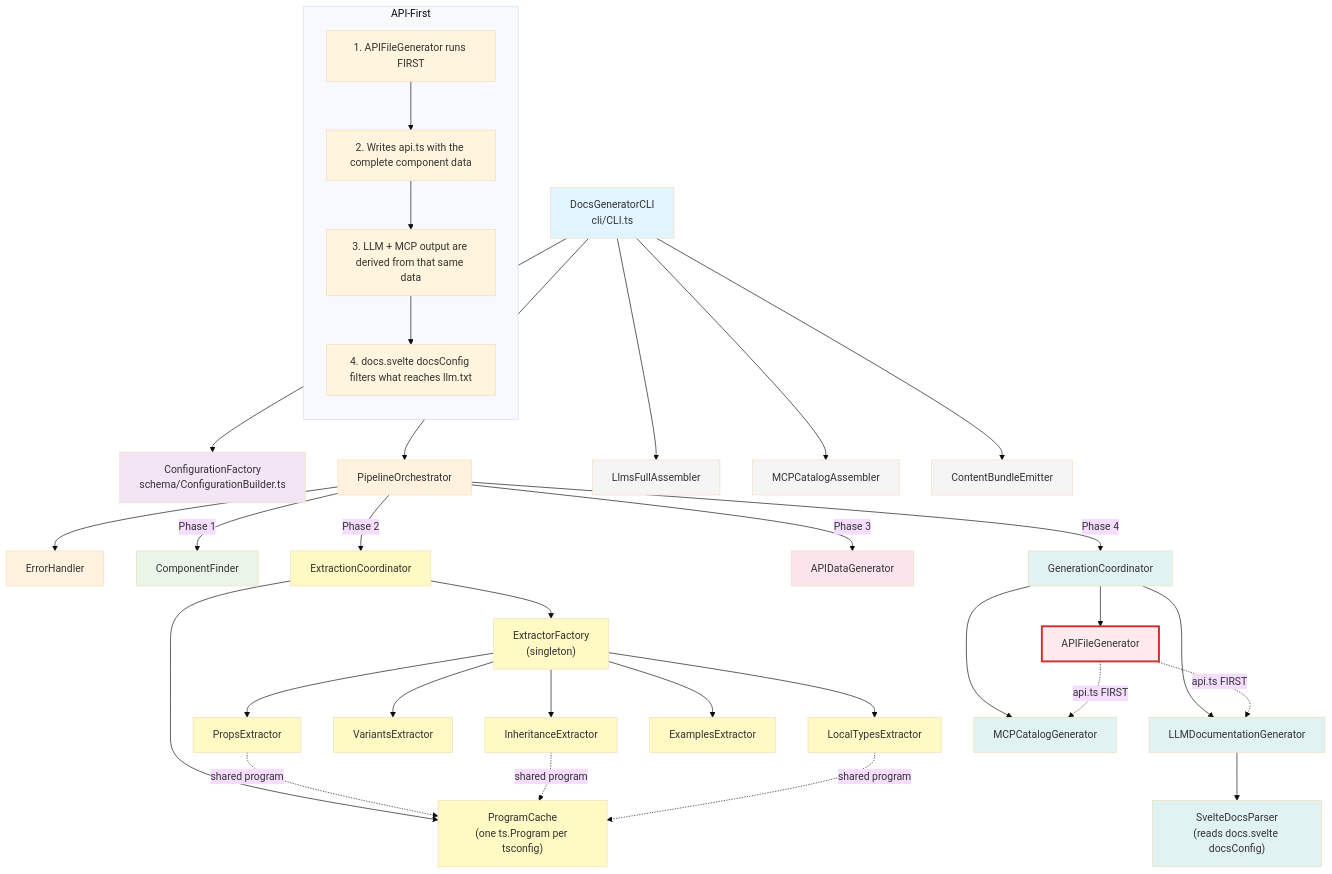
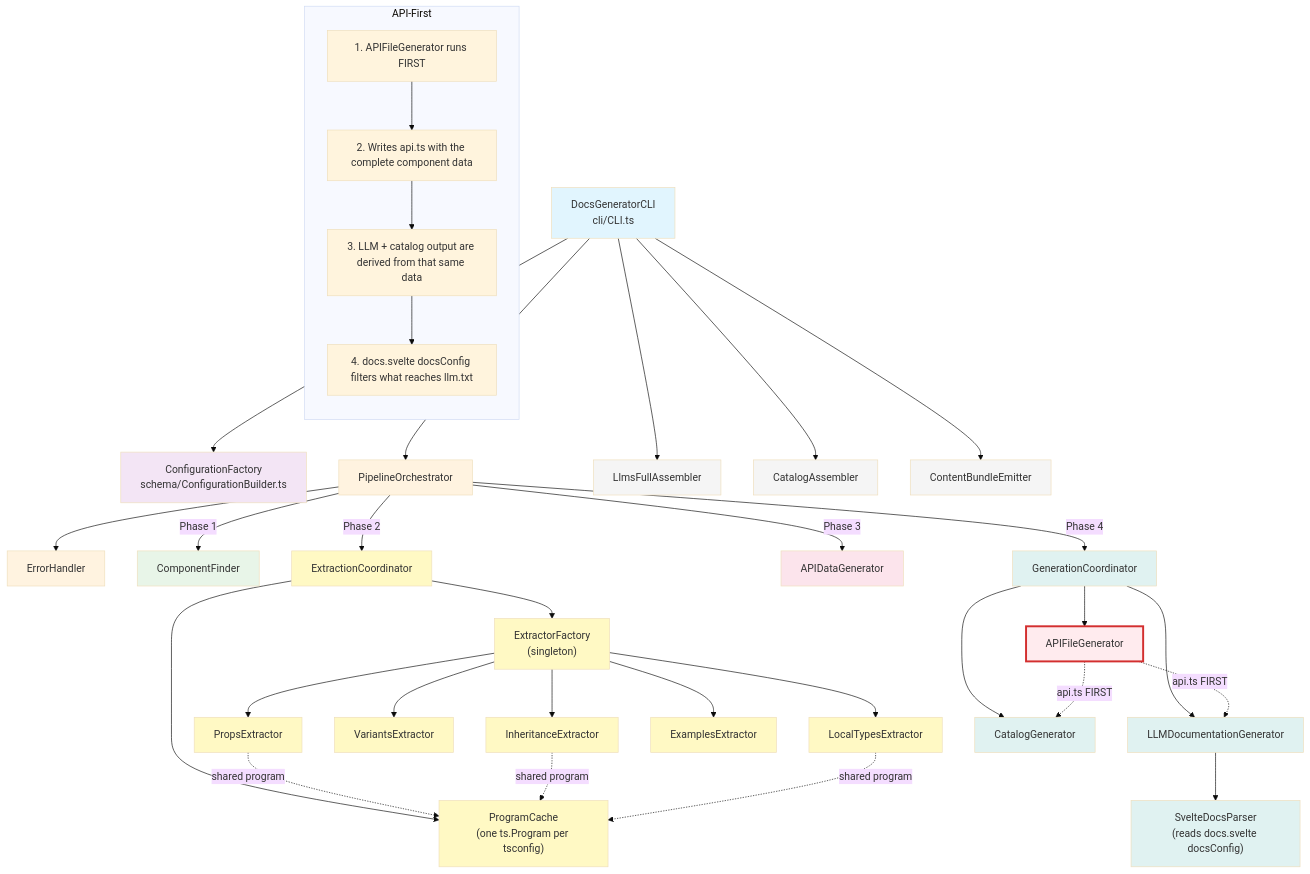
One commit to urbicon/ui changed the diagram in packages/docs-gen/docs/docs-gen-overview.mermaid. Above: the diagram before and after it, drawn with Mermaid (base theme). The commit also changed 198 other files, not shown here.

First line of the commit message:
chore!: retire the MCP server, the urbicon CLI is the only consumer surface (#525)

```diff
--- a/packages/docs-gen/docs/docs-gen-overview.mermaid
+++ b/packages/docs-gen/docs/docs-gen-overview.mermaid
@@ -1,99 +1,99 @@
 %% docs-gen architecture overview — the four pipeline phases and what the CLI
 %% does around them. Verified against the sources on 2026-07-27; the previous
 %% version still drew SveltePageGenerator, SectionMerger, TemplateEngine,
 %% SectionRenderer, DeploymentManager, CrossReferenceResolver, ExampleValidator,
 %% MetadataEnricher, FileStructureAnalyzer and MetadataExtractor, none of which
 %% exist any more.
 graph TB
 %% CLI Layer
     CLI["DocsGeneratorCLI<br/>cli/CLI.ts"]
 %% Configuration
     ConfigFactory["ConfigurationFactory<br/>schema/ConfigurationBuilder.ts"]
 %% Main Pipeline
     Pipeline[PipelineOrchestrator]
     ErrorHandler[ErrorHandler]
 %% Phase 1 — Discovery
     ComponentFinder[ComponentFinder]
 %% Phase 2 — Extraction
     ExtractionCoord[ExtractionCoordinator]
     ExtractorFactory["ExtractorFactory<br/>(singleton)"]
     ProgramCache["ProgramCache<br/>(one ts.Program per tsconfig)"]
     PropsExtractor[PropsExtractor]
     InheritanceExtractor[InheritanceExtractor]
     VariantsExtractor[VariantsExtractor]
     LocalTypesExtractor[LocalTypesExtractor]
     ExamplesExtractor[ExamplesExtractor]
 %% Phase 3 — Enrichment
     APIDataGen[APIDataGenerator]
 %% Phase 4 — Generation
     GenerationCoord[GenerationCoordinator]
     APIFileGen[APIFileGenerator]
     LLMDocGen[LLMDocumentationGenerator]
-    MCPCatalogGen[MCPCatalogGenerator]
+    CatalogGen[CatalogGenerator]
     SvelteDocsParser["SvelteDocsParser<br/>(reads docs.svelte docsConfig)"]
 %% Post-run assembly, driven by the CLI across all packages
     LlmsFull[LlmsFullAssembler]
-    MCPAssembler[MCPCatalogAssembler]
+    CatalogAssembler[CatalogAssembler]
     ContentBundle[ContentBundleEmitter]
 %% CLI wiring
     CLI --> ConfigFactory
     CLI --> Pipeline
     CLI --> LlmsFull
-    CLI --> MCPAssembler
+    CLI --> CatalogAssembler
     CLI --> ContentBundle
 %% Pipeline phases, in order
     Pipeline --> ErrorHandler
     Pipeline -->|Phase 1| ComponentFinder
     Pipeline -->|Phase 2| ExtractionCoord
     Pipeline -->|Phase 3| APIDataGen
     Pipeline -->|Phase 4| GenerationCoord
 %% Extraction
     ExtractionCoord --> ExtractorFactory
     ExtractionCoord --> ProgramCache
     ExtractorFactory --> PropsExtractor
     ExtractorFactory --> InheritanceExtractor
     ExtractorFactory --> VariantsExtractor
     ExtractorFactory --> LocalTypesExtractor
     ExtractorFactory --> ExamplesExtractor
     PropsExtractor -.->|shared program| ProgramCache
     InheritanceExtractor -.->|shared program| ProgramCache
     LocalTypesExtractor -.->|shared program| ProgramCache
 %% Generation
     GenerationCoord --> APIFileGen
     GenerationCoord --> LLMDocGen
-    GenerationCoord --> MCPCatalogGen
+    GenerationCoord --> CatalogGen
     LLMDocGen --> SvelteDocsParser
 %% API-First
     APIFileGen -.->|api.ts FIRST| LLMDocGen
-    APIFileGen -.->|api.ts FIRST| MCPCatalogGen
+    APIFileGen -.->|api.ts FIRST| CatalogGen
 %% Key Architecture Decision Box
     subgraph "API-First"
         direction TB
         Note1["1. APIFileGenerator runs FIRST"]
         Note2["2. Writes api.ts with the complete component data"]
-        Note3["3. LLM + MCP output are derived from that same data"]
+        Note3["3. LLM + catalog output are derived from that same data"]
         Note4["4. docs.svelte docsConfig filters what reaches llm.txt"]
         Note1 --> Note2
         Note2 --> Note3
         Note3 --> Note4
     end
 
 %% Styling
     classDef cli fill: #e1f5fe
     classDef config fill: #f3e5f5
     classDef pipeline fill: #fff3e0
     classDef discovery fill: #e8f5e8
     classDef extraction fill: #fff9c4
     classDef enrichment fill: #fce4ec
     classDef generation fill: #e0f2f1
     classDef support fill: #f5f5f5
     classDef apifirst fill:#ffebee,stroke:#d32f2f,stroke-width:3px
 class CLI cli
 class ConfigFactory config
 class Pipeline,ErrorHandler pipeline
 class ComponentFinder discovery
 class ExtractionCoord,ExtractorFactory,ProgramCache,PropsExtractor,InheritanceExtractor,VariantsExtractor,LocalTypesExtractor,ExamplesExtractor extraction
 class APIDataGen enrichment
-class GenerationCoord,APIFileGen,LLMDocGen,MCPCatalogGen,SvelteDocsParser generation
-class LlmsFull,MCPAssembler,ContentBundle support
+class GenerationCoord,APIFileGen,LLMDocGen,CatalogGen,SvelteDocsParser generation
+class LlmsFull,CatalogAssembler,ContentBundle support
 class APIFileGen apifirst
```
